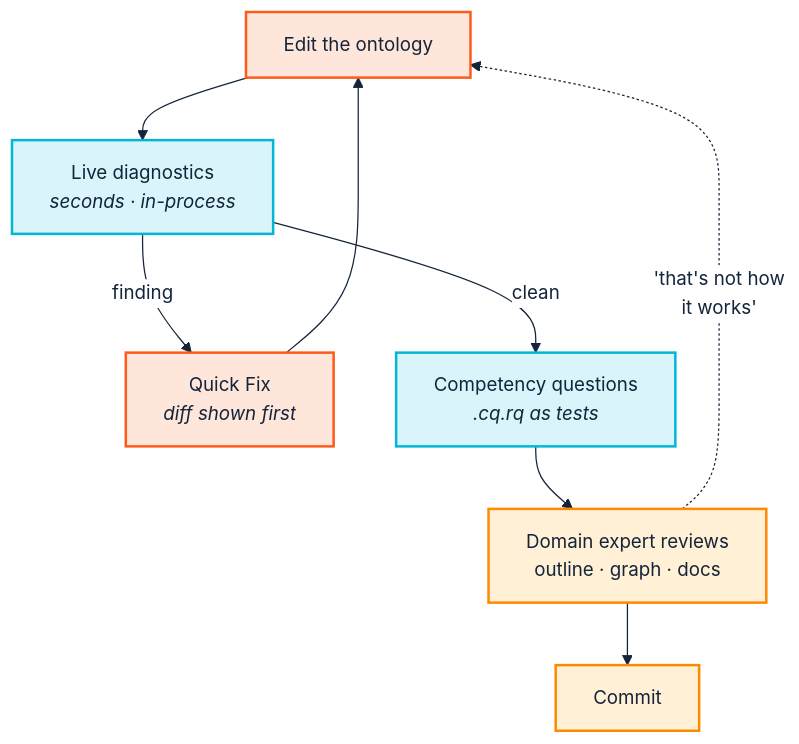
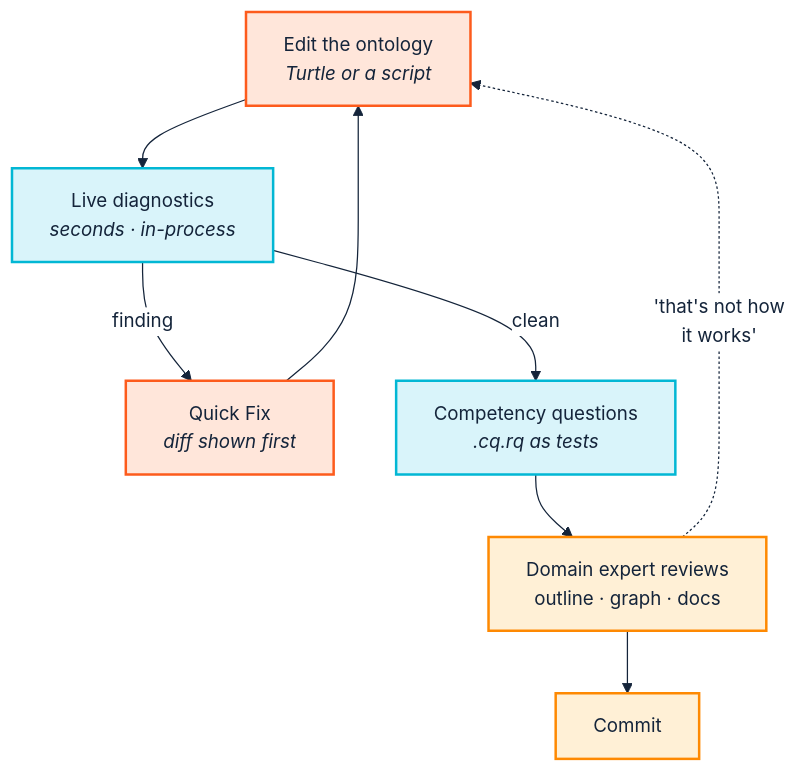
One commit to pwin/SemOpsManual changed the diagram in docs/08-model-and-validate.md. Above: the diagram before and after it, drawn with Mermaid. The commit also changed other lines of this file and 21 other files, not shown here.

````diff
--- a/docs/08-model-and-validate.md
+++ b/docs/08-model-and-validate.md
@@ -501,24 +666,24 @@
 ```mermaid
 %%{init: {'theme':'base','themeVariables':{
   'fontSize':'15px','fontFamily':'Segoe UI, Helvetica, Arial, sans-serif',
   'lineColor':'#14243A','primaryTextColor':'#14243A',
   'edgeLabelBackground':'#FFFFFF'}}}%%
 flowchart TD
-    EDIT["Edit the ontology"]
+    EDIT["Edit the ontology<br/><i>Turtle or a script</i>"]
     DIAG["Live diagnostics<br/><i>seconds · in-process</i>"]
     FIX["Quick Fix<br/><i>diff shown first</i>"]
     CQ["Competency questions<br/><i>.cq.rq as tests</i>"]
     EXPERT["Domain expert reviews<br/>outline · graph · docs"]
     COMMIT["Commit"]
 
     EDIT --> DIAG
     DIAG -->|"finding"| FIX --> EDIT
     DIAG -->|"clean"| CQ
     CQ --> EXPERT --> COMMIT
     EXPERT -.->|"'that's not how<br/>it works'"| EDIT
 
     classDef human fill:#FFE6DA,stroke:#FD5B1C,stroke-width:2px,color:#14243A;
     classDef ci fill:#D9F4FA,stroke:#02B7D4,stroke-width:2px,color:#14243A;
     classDef govern fill:#FFF0D6,stroke:#FE8902,stroke-width:2px,color:#14243A;
     class EDIT,FIX human; class DIAG,CQ ci; class EXPERT,COMMIT govern;
 ```
````
